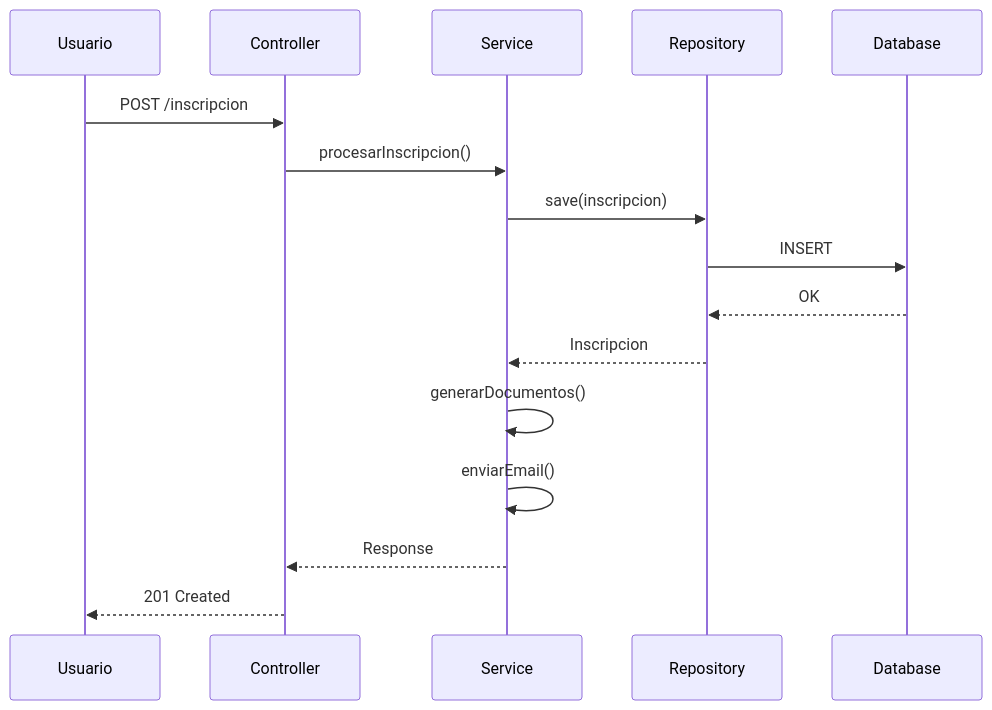
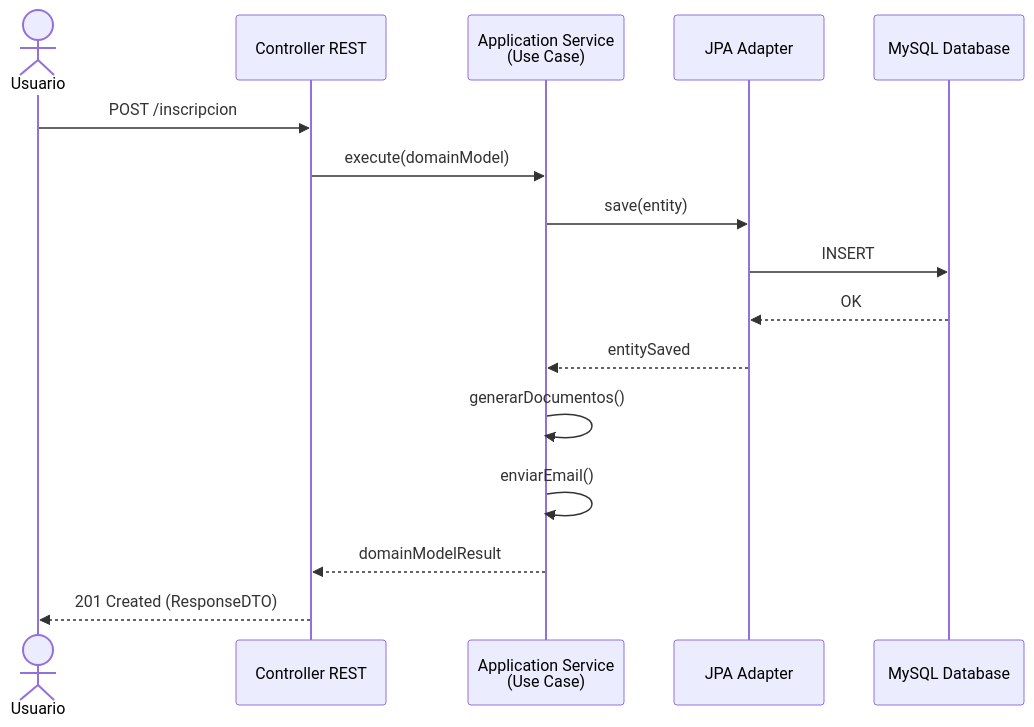
The diagram in docs/diagrams/flujo-inscripcion.mmd (UM-services/UM.facultad.core-service), drawn with Mermaid before and after one commit. The commit also changed 165 other files, not shown here.

First line of the commit message:
refactor(core): migrate legacy modules to hexagonal architecture

```diff
--- a/docs/diagrams/flujo-inscripcion.mmd
+++ b/docs/diagrams/flujo-inscripcion.mmd
@@ -1,17 +1,17 @@
 sequenceDiagram
-    participant U as Usuario
-    participant C as Controller
-    participant S as Service
-    participant R as Repository
-    participant DB as Database
+    actor U as Usuario
+    participant C as Controller REST
+    participant UC as Application Service<br/>(Use Case)
+    participant AD as JPA Adapter
+    participant DB as MySQL Database
 
     U->>C: POST /inscripcion
-    C->>S: procesarInscripcion()
-    S->>R: save(inscripcion)
-    R->>DB: INSERT
-    DB-->>R: OK
-    R-->>S: Inscripcion
-    S->>S: generarDocumentos()
-    S->>S: enviarEmail()
-    S-->>C: Response
-    C-->>U: 201 Created
+    C->>UC: execute(domainModel)
+    UC->>AD: save(entity)
+    AD->>DB: INSERT
+    DB-->>AD: OK
+    AD-->>UC: entitySaved
+    UC->>UC: generarDocumentos()
+    UC->>UC: enviarEmail()
+    UC-->>C: domainModelResult
+    C-->>U: 201 Created (ResponseDTO)
```
